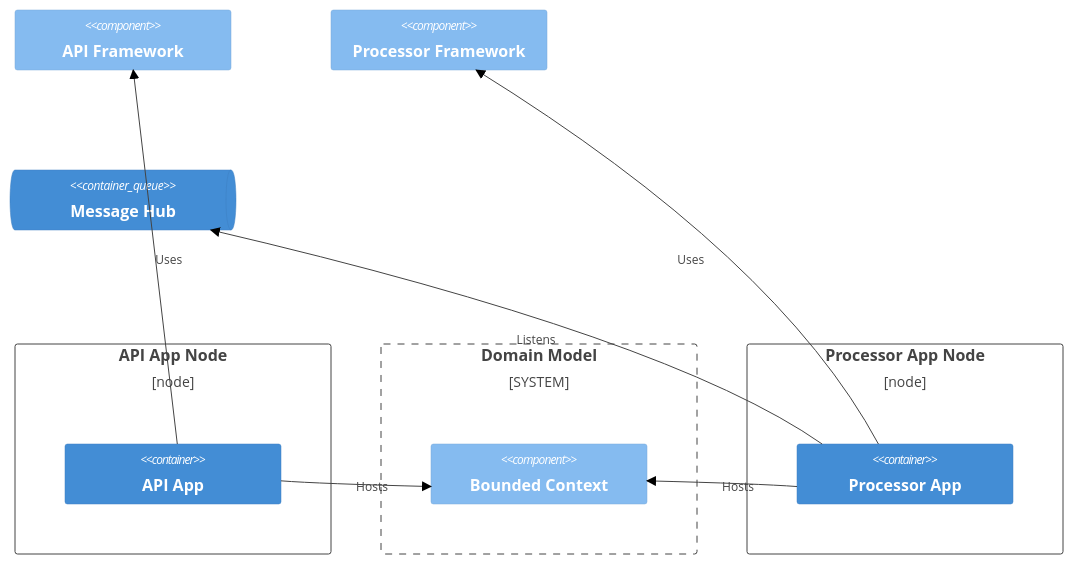
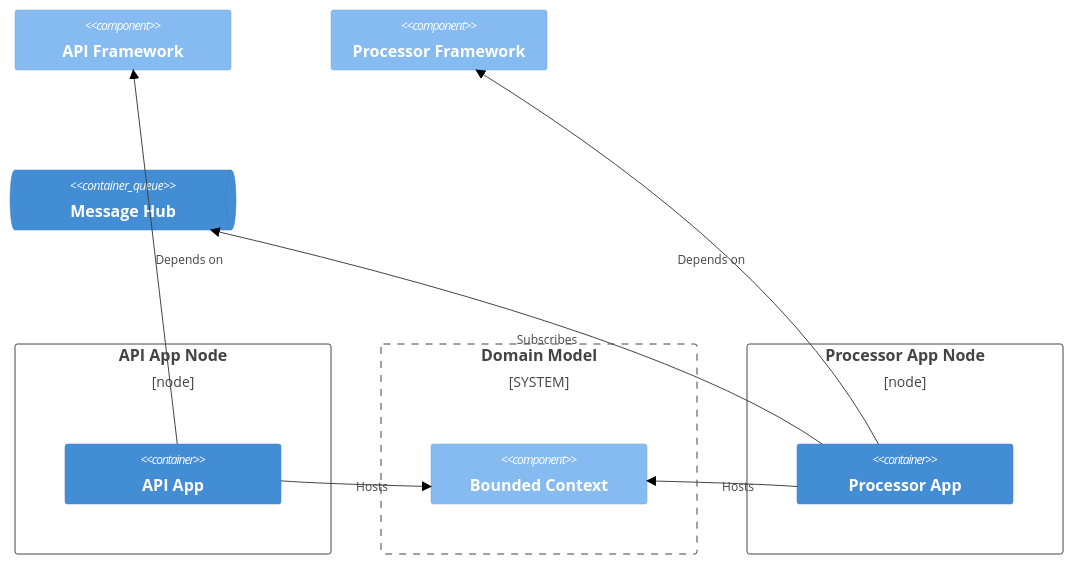
Before and after one commit to gyuwon/ArchitecturalRunwayGuidelines: diagram 13 of 27 in README.md, drawn with Mermaid (forest theme). The commit also changed other lines of this file, not shown here.

````diff
--- a/README.md
+++ b/README.md
@@ -468,28 +439,28 @@
 ```mermaid
 C4Context
 
 Deployment_Node(an, "API App Node") {
   Container(a, "API App")
 }
 
 Component(af, "API Framework")
 
 System_Boundary(dmb, "Domain Model") {
   Component(bc, "Bounded Context")
 }
 
 Deployment_Node(pn, "Processor App Node") {
   Container(p, "Processor App")
 }
 
 Component(pf, "Processor Framework")
 ContainerQueue(mh, "Message Hub")	
 
 UpdateLayoutConfig($c4ShapeInRow="3", $c4BoundaryInRow="3")
 
-Rel(a, af, "Uses")
+Rel(a, af, "Depends on")
 Rel(a, bc, "Hosts")
-Rel(p, pf, "Uses")
+Rel(p, pf, "Depends on")
 Rel(p, bc, "Hosts")
-Rel(p, mh, "Listens")
+Rel(p, mh, "Subscribes")
 ```
````
